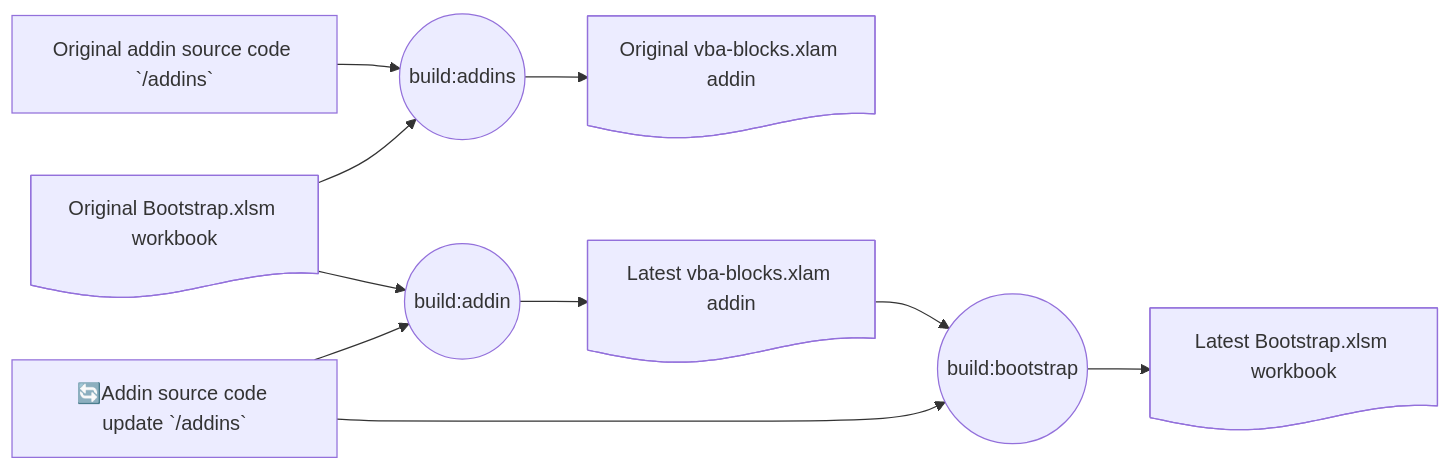
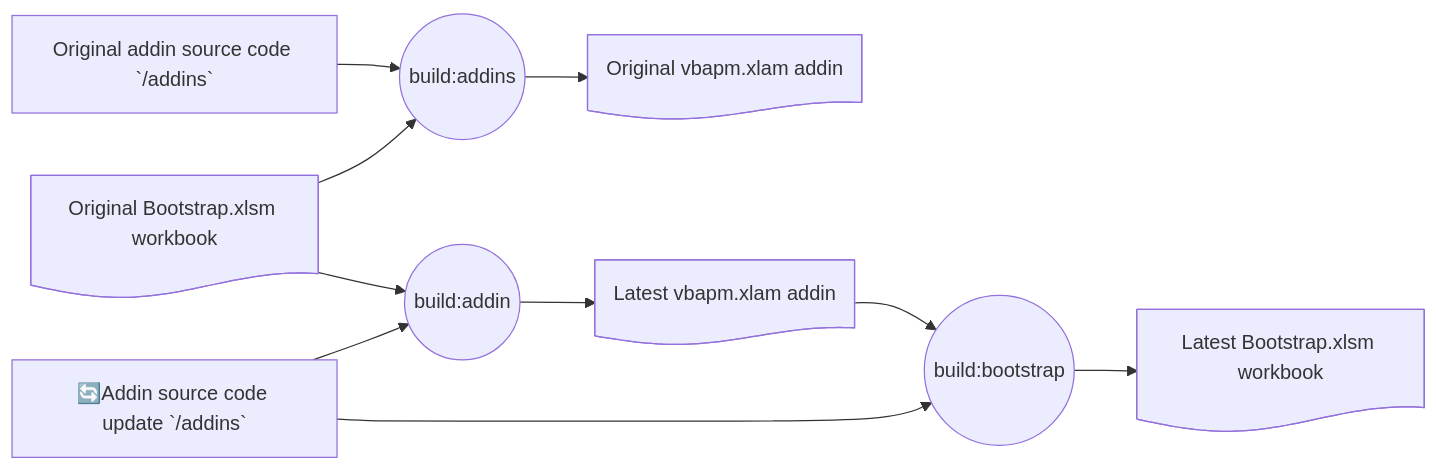
Before and after one commit to DecimalTurn/vba-blocks: the diagram in docs/development/build.md, drawn with Mermaid. The commit also changed other lines of this file and 11 other files, not shown here.

Commit message:
Update scripts, docs, workflows, and lockfile references: vba-blocks -> vbapm, vba-block.lock -> vbaproject.lock

````diff
--- a/docs/development/build.md
+++ b/docs/development/build.md
@@ -19,31 +19,31 @@
 ```mermaid
 flowchart LR
     A@{ shape: doc, label: "Original Bootstrap.xlsm workbook" }
     X1[Original addin source code `/addins`]
 
-    B@{ shape: doc, label: "Original vba-blocks.xlam addin" }
+    B@{ shape: doc, label: "Original vbapm.xlam addin" }
 
     A & X1 --> B1
     B1((build:addins))
 
     B1 --> B
 
     %%B & X1 --> B3
     %%B3((build:bootstrap))
     %%B3 --> A2
 
 
 
     A@{ shape: doc, label: "Original Bootstrap.xlsm workbook" }
 
     X[🔄️Addin source code update `/addins`]
     B2((build:addin))
     A & X  --> B2
-    B2 --> BO@{ shape: doc, label: "Latest vba-blocks.xlam addin" }
+    B2 --> BO@{ shape: doc, label: "Latest vbapm.xlam addin" }
     X & BO --> B4((build:bootstrap))
     AF@{ shape: doc, label: "Latest Bootstrap.xlsm workbook" }
     B4 --> AF
 
     %%AF --> A
 
 ```
````
